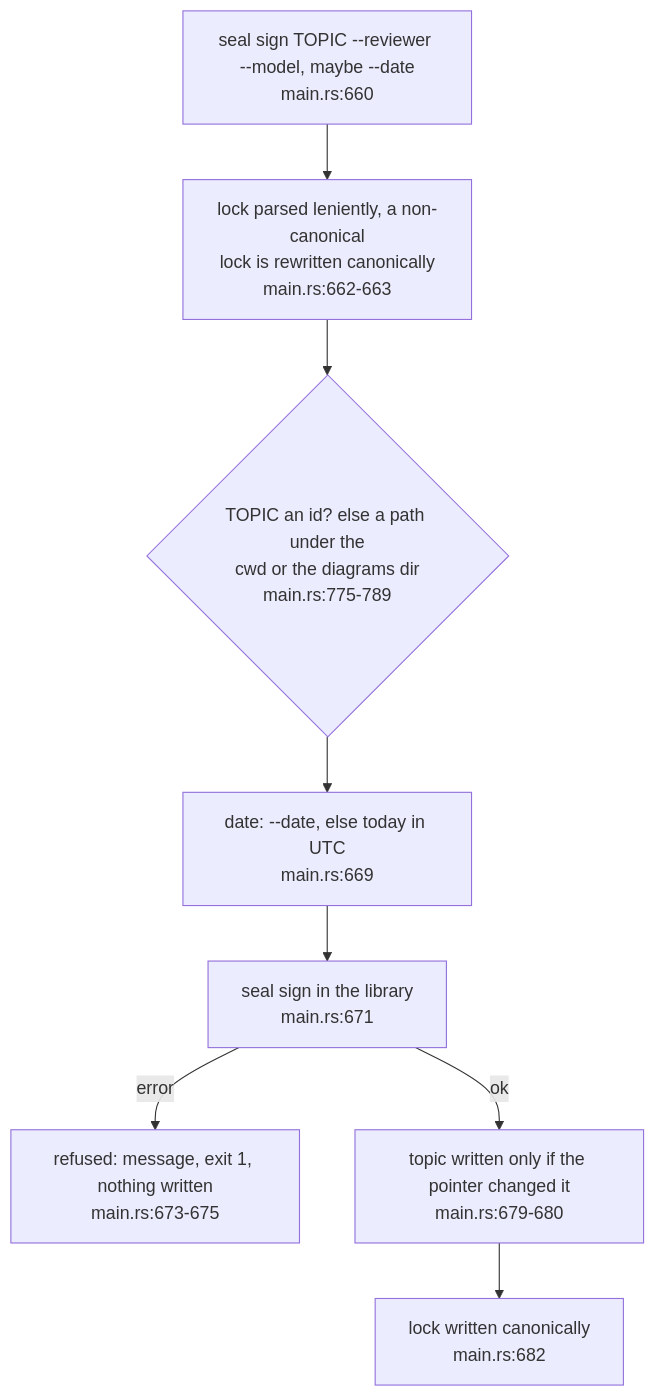
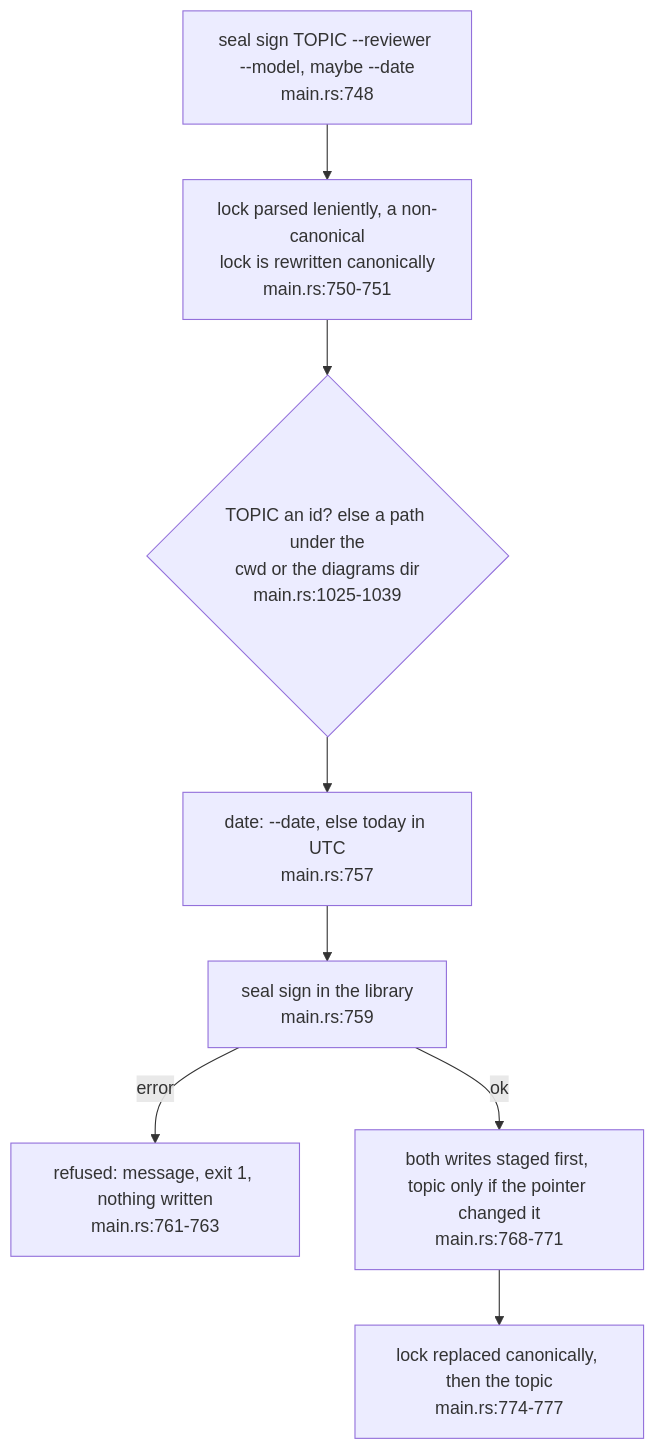
One commit to DreamLab-AI/VisionFlow changed the third of 4 diagrams in docs/diagrams/sealmap/16-the-seal-commands.md. Above: the diagram before and after it, drawn with Mermaid. The commit also changed other lines of this file and 59 other files, not shown here.

First line of the commit message:
docs(diagrams): re-derive and re-stamp forum, website, pod, ontomark and sealmap topics

````diff
--- a/docs/diagrams/sealmap/16-the-seal-commands.md
+++ b/docs/diagrams/sealmap/16-the-seal-commands.md
@@ -120,14 +122,14 @@
 ```mermaid
 flowchart TB
-    A["seal sign TOPIC --reviewer --model, maybe --date<br/>main.rs:660"]
-    L["lock parsed leniently, a non-canonical<br/>lock is rewritten canonically<br/>main.rs:662-663"]
-    T{"TOPIC an id? else a path under the<br/>cwd or the diagrams dir<br/>main.rs:775-789"}
-    D["date: --date, else today in UTC<br/>main.rs:669"]
-    S["seal sign in the library<br/>main.rs:671"]
-    R["refused: message, exit 1, nothing written<br/>main.rs:673-675"]
-    W1["topic written only if the pointer changed it<br/>main.rs:679-680"]
-    W2["lock written canonically<br/>main.rs:682"]
+    A["seal sign TOPIC --reviewer --model, maybe --date<br/>main.rs:748"]
+    L["lock parsed leniently, a non-canonical<br/>lock is rewritten canonically<br/>main.rs:750-751"]
+    T{"TOPIC an id? else a path under the<br/>cwd or the diagrams dir<br/>main.rs:1025-1039"}
+    D["date: --date, else today in UTC<br/>main.rs:757"]
+    S["seal sign in the library<br/>main.rs:759"]
+    R["refused: message, exit 1, nothing written<br/>main.rs:761-763"]
+    W1["both writes staged first, topic only if the pointer changed it<br/>main.rs:768-771"]
+    W2["lock replaced canonically, then the topic<br/>main.rs:774-777"]
     A --> L --> T --> D --> S
     S -->|error| R
     S -->|ok| W1 --> W2
 ```
````
